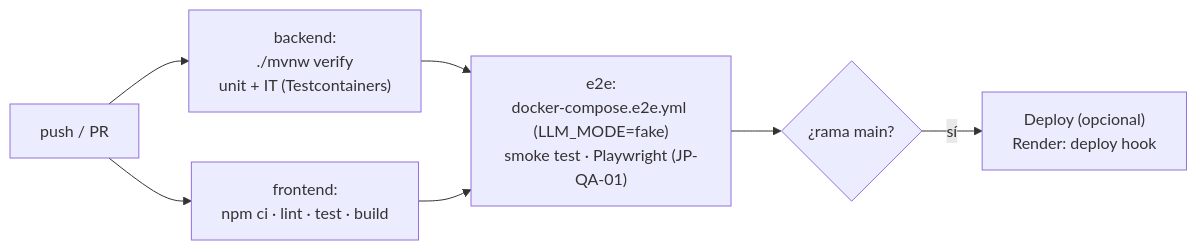
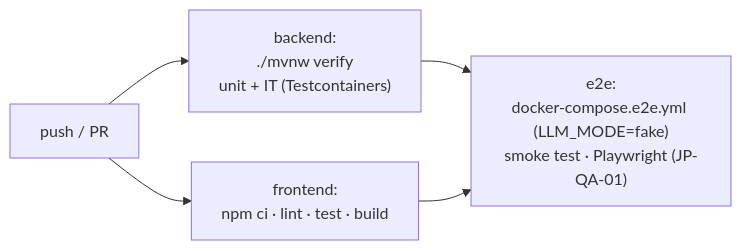
One commit to AndresAvella16/AI4Devs-finalproject changed the fourth of 5 diagrams in readme.md. Above: the diagram before and after it, drawn with Mermaid. The commit also changed other lines of this file and 3 other files, not shown here.

````diff
--- a/readme.md
+++ b/readme.md
@@ -518,9 +605,7 @@
 ```mermaid
 flowchart LR
     P["push / PR"] --> B1["backend:<br/>./mvnw verify<br/>unit + IT (Testcontainers)"]
     P --> F1["frontend:<br/>npm ci · lint · test · build"]
     B1 --> E["e2e:<br/>docker-compose.e2e.yml (LLM_MODE=fake)<br/>smoke test · Playwright (JP-QA-01)"]
     F1 --> E
-    E --> D{"¿rama main?"}
-    D -- sí --> DEP["Deploy (opcional)<br/>Render: deploy hook"]
 ```
````
